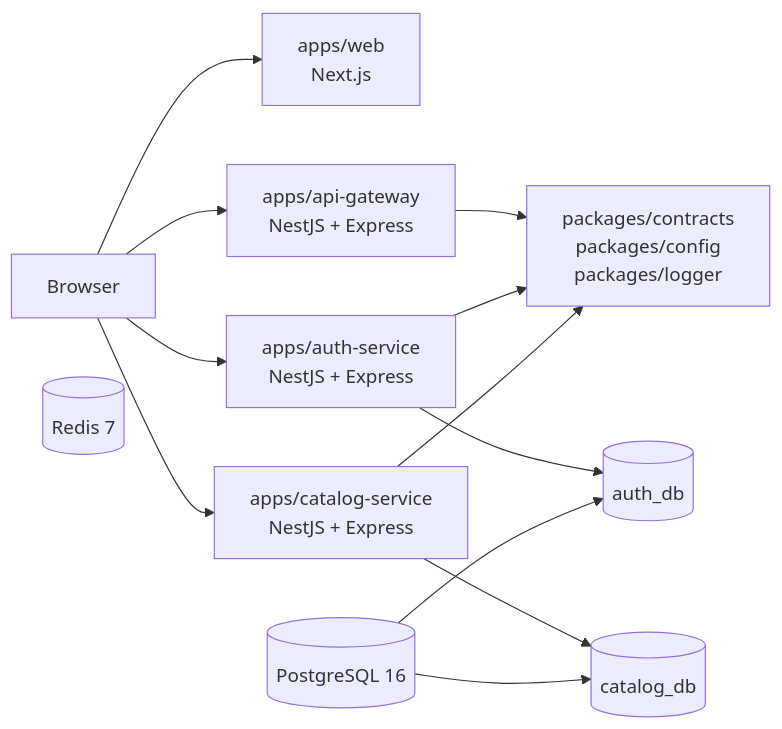
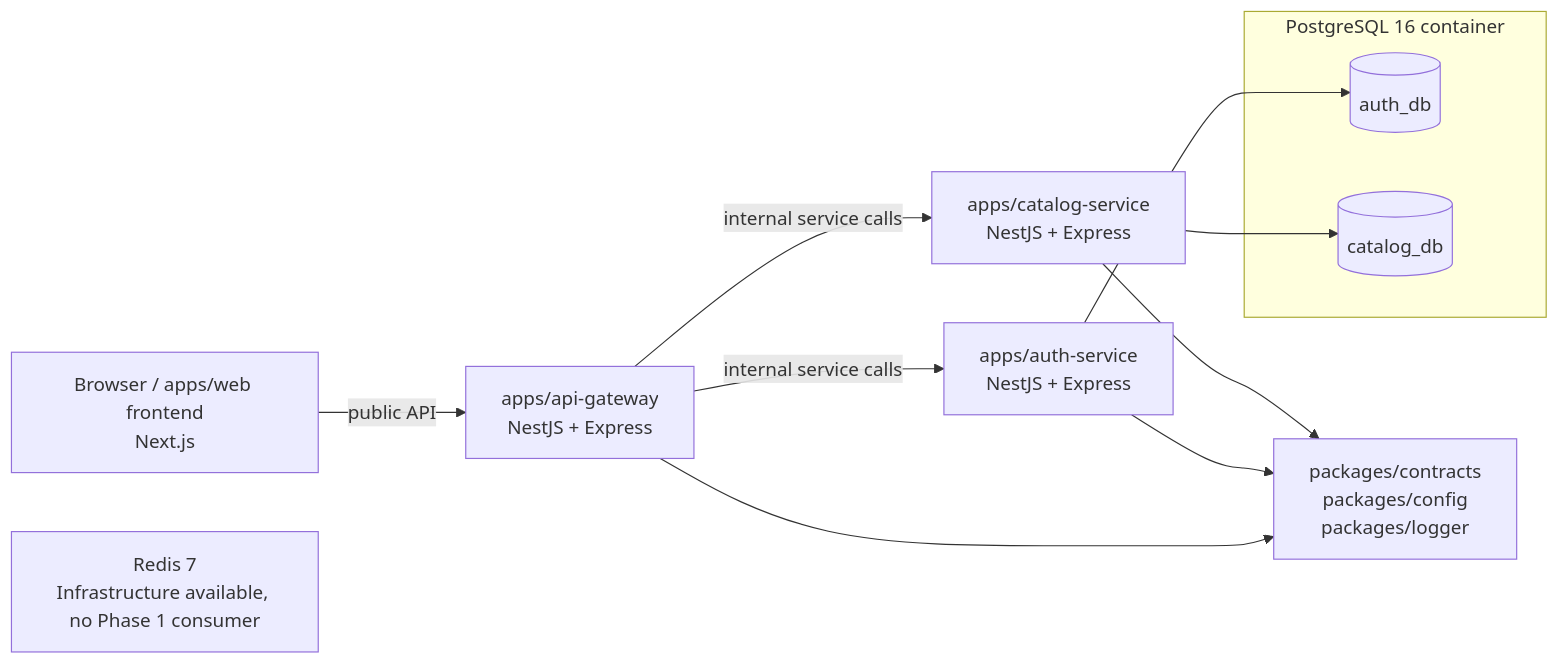
One commit to kevinsrb/NexoCommerce changed the diagram in README.md. Above: the diagram before and after it, drawn with Mermaid. The commit also changed other lines of this file and 1 other file, not shown here.

Commit message:
docs: update Phase 1 architecture and README for API Gateway topology and service integration

````diff
--- a/README.md
+++ b/README.md
@@ -7,16 +7,19 @@
 ```mermaid
 flowchart LR
-  Browser[Browser] --> Web[apps/web\nNext.js]
-  Browser --> Gateway[apps/api-gateway\nNestJS + Express]
-  Browser --> Auth[apps/auth-service\nNestJS + Express]
-  Browser --> Catalog[apps/catalog-service\nNestJS + Express]
+  Client[Browser / apps/web frontend\nNext.js] -->|public API| Gateway[apps/api-gateway\nNestJS + Express]
+  Gateway -->|internal service calls| Auth[apps/auth-service\nNestJS + Express]
+  Gateway -->|internal service calls| Catalog[apps/catalog-service\nNestJS + Express]
 
   Gateway --> Shared[packages/contracts\npackages/config\npackages/logger]
   Auth --> Shared
   Catalog --> Shared
-  Auth --> AuthDB[(auth_db)]
-  Catalog --> CatalogDB[(catalog_db)]
-  Postgres[(PostgreSQL 16)] --> AuthDB
-  Postgres --> CatalogDB
-  Redis[(Redis 7)]
+
+  subgraph Postgres[PostgreSQL 16 container]
+    AuthDB[(auth_db)]
+    CatalogDB[(catalog_db)]
+  end
+
+  Auth --> AuthDB
+  Catalog --> CatalogDB
+  Redis[Redis 7\nInfrastructure available, no Phase 1 consumer]
 ```
````
